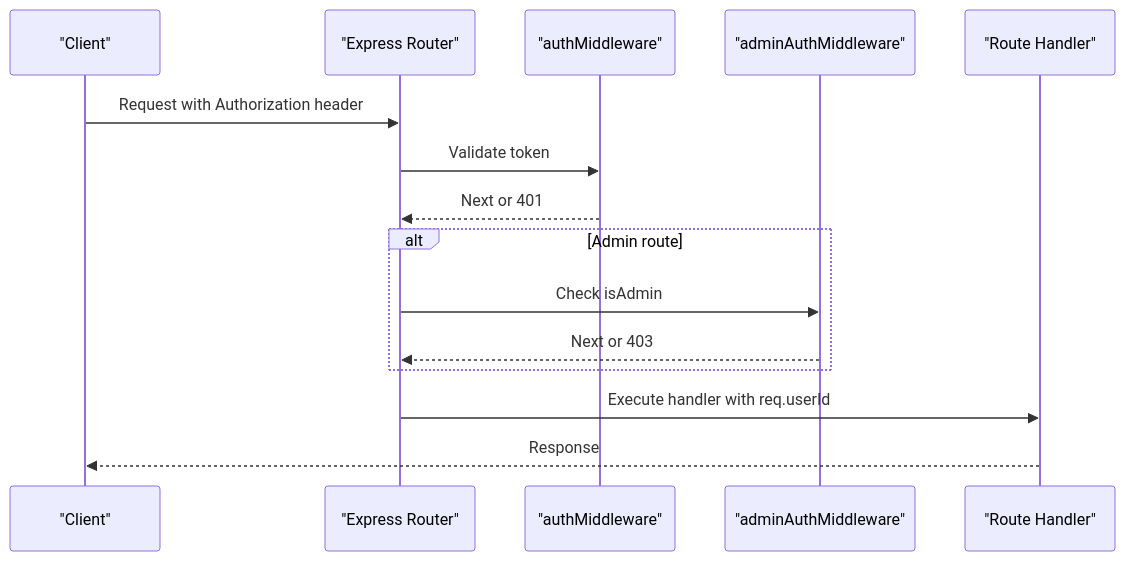
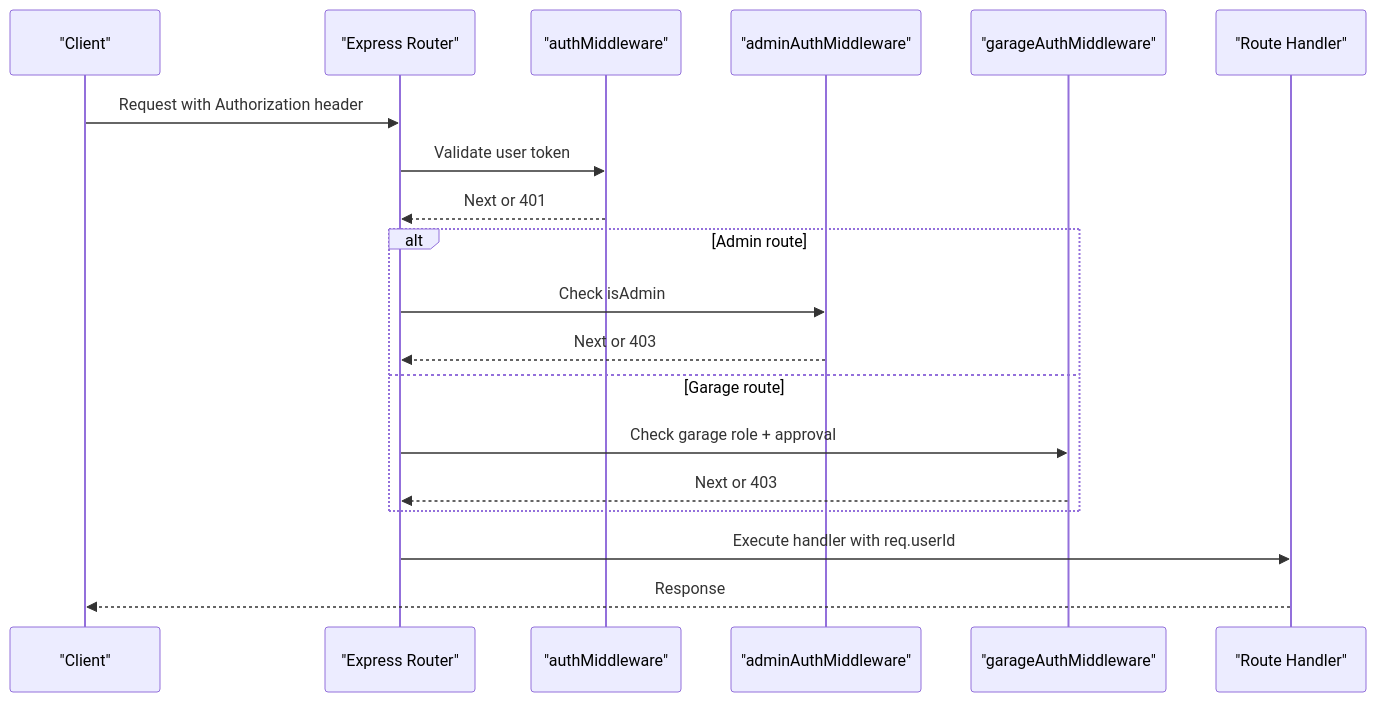
The fourth of 10 diagrams in .qoder/repowiki/en/content/Backend Documentation/Authentication & Authorization.md (NaveenHiranya/Smart-Vehicle-Insurance-Claim-System), drawn with Mermaid before and after one commit. The commit also changed other lines of this file and 87 other files, not shown here.

````diff
--- a/.qoder/repowiki/en/content/Backend Documentation/Authentication & Authorization.md
+++ b/.qoder/repowiki/en/content/Backend Documentation/Authentication & Authorization.md
@@ -194,17 +258,21 @@
 ```mermaid
 sequenceDiagram
 participant Client as "Client"
 participant Router as "Express Router"
 participant AuthMW as "authMiddleware"
 participant AdminMW as "adminAuthMiddleware"
+participant GarageMW as "garageAuthMiddleware"
 participant Handler as "Route Handler"
 Client->>Router : Request with Authorization header
-Router->>AuthMW : Validate token
+Router->>AuthMW : Validate user token
 AuthMW-->>Router : Next or 401
 alt Admin route
 Router->>AdminMW : Check isAdmin
 AdminMW-->>Router : Next or 403
+else Garage route
+Router->>GarageMW : Check garage role + approval
+GarageMW-->>Router : Next or 403
 end
 Router->>Handler : Execute handler with req.userId
 Handler-->>Client : Response
 ```
````
